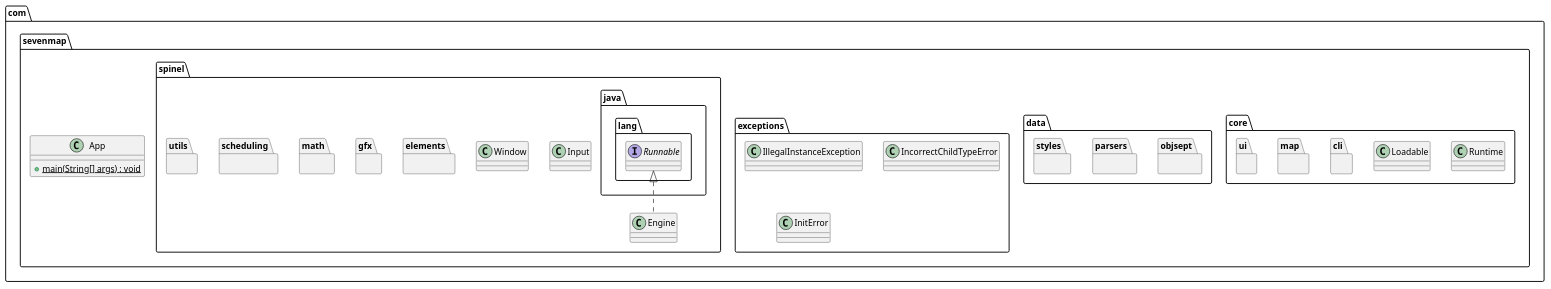
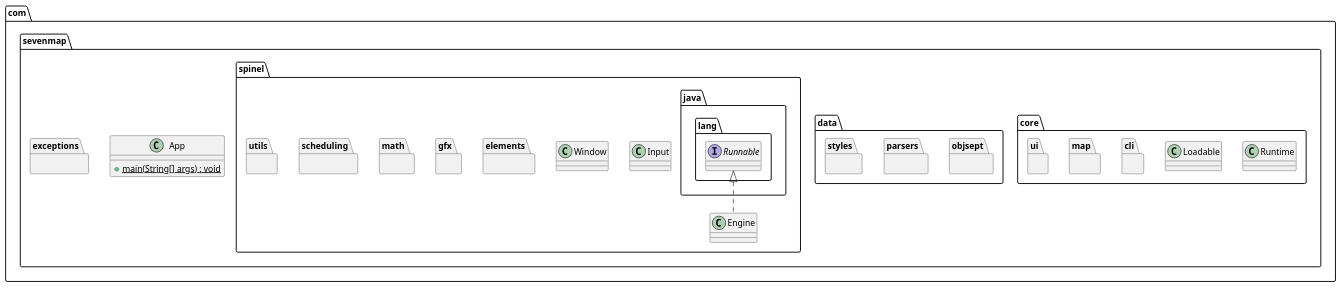
Before and after one commit to photonsquid/7map: the diagram in doc/meetings/general/diagram_packages.plantuml, drawn with PlantUML. The commit also changed 2 other files, not shown here.

```diff
--- a/doc/meetings/general/diagram_packages.plantuml
+++ b/doc/meetings/general/diagram_packages.plantuml
@@ -1,62 +1,51 @@
 @startuml diagram
 
 package com.sevenmap {
     class App {
         + {static} main(String[] args) : void
     }
     package core {
         package cli {
         }
         package map {
         }
         package ui {
         }
         class Runtime {
         }
         class Loadable {
         }
     }
     package data {
         package objsept {
         }
         package parsers {
         }
         package styles {
         }
     }
     package exceptions {
-        class IllegalInstanceException {
-        }
-        class IncorrectChildTypeError {
-        }
-        class InitError {
-        }
     }
 
     package spinel {
         package elements {
         }
         package gfx {
         }
         package math {
         }
         package scheduling {
         }
         package utils {
         }
         class Engine implements java.lang.Runnable {
         }
         class Input {
         }
         class Window {
         }
     }
 }
 
 
-
-
-
-
-
 @enduml
```
